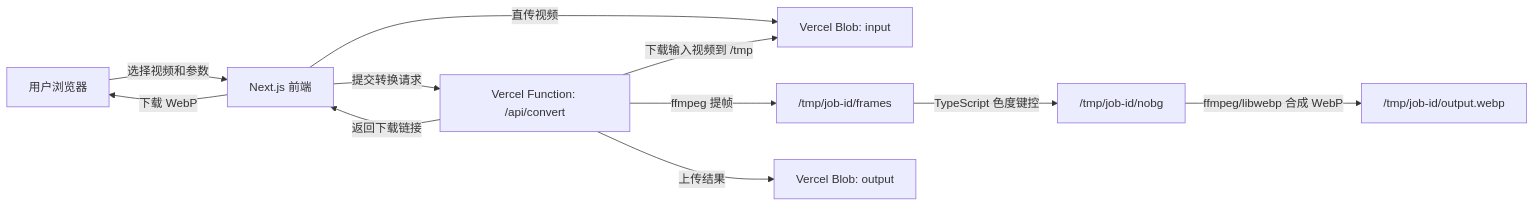
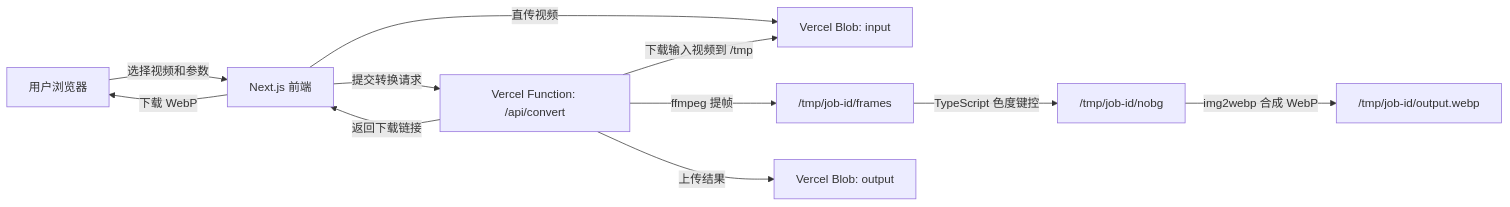
One commit to wujun1047/video2webp changed the diagram in web-app/docs/01-solution-design.md. Above: the diagram before and after it, drawn with Mermaid. The commit also changed other lines of this file and 1 other file, not shown here.

First line of the commit message:
docs: 更新 web-app 设计文档与代码实现保持一致

````diff
--- a/web-app/docs/01-solution-design.md
+++ b/web-app/docs/01-solution-design.md
@@ -83,13 +83,13 @@
 ```mermaid
 flowchart LR
   U["用户浏览器"] -->|"选择视频和参数"| UI["Next.js 前端"]
   UI -->|"直传视频"| B1["Vercel Blob: input"]
   UI -->|"提交转换请求"| API["Vercel Function: /api/convert"]
   API -->|"下载输入视频到 /tmp"| B1
   API -->|"ffmpeg 提帧"| TMP1["/tmp/job-id/frames"]
   TMP1 -->|"TypeScript 色度键控"| TMP2["/tmp/job-id/nobg"]
-  TMP2 -->|"ffmpeg/libwebp 合成 WebP"| OUT["/tmp/job-id/output.webp"]
+  TMP2 -->|"img2webp 合成 WebP"| OUT["/tmp/job-id/output.webp"]
   API -->|"上传结果"| B2["Vercel Blob: output"]
   API -->|"返回下载链接"| UI
   UI -->|"下载 WebP"| U
 ```
````
